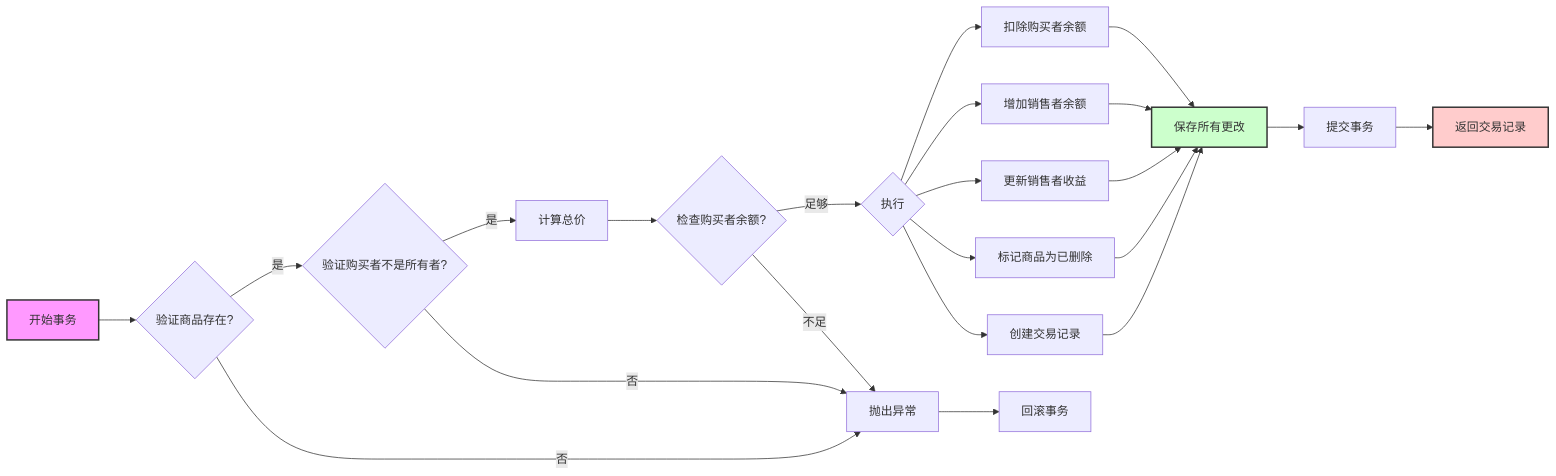
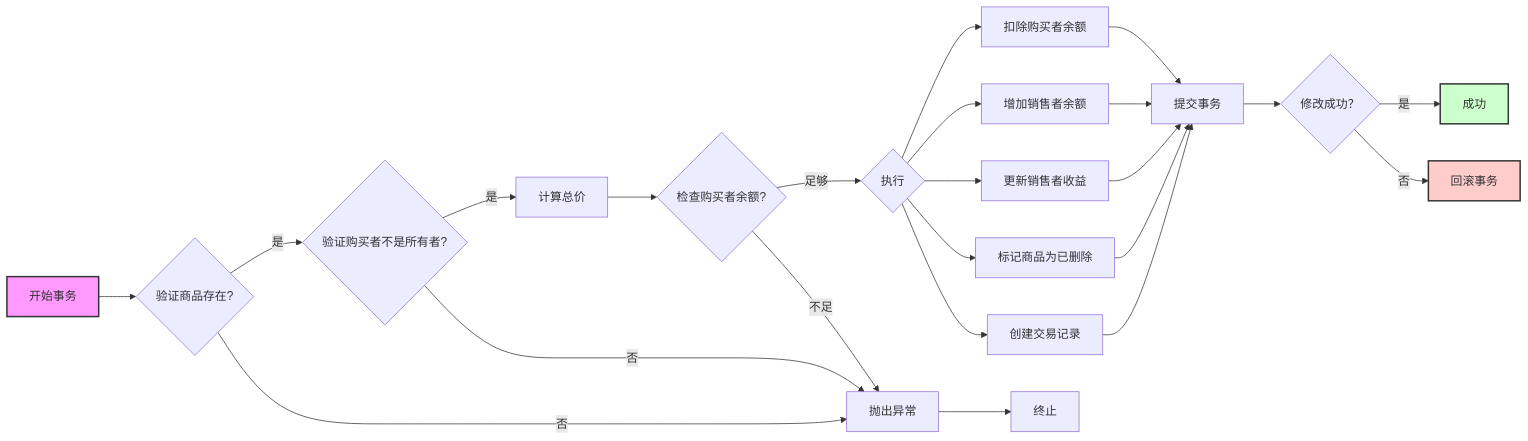
One commit to 57UU/southern_money changed diagram 12 of 14 in report/report.md. Above: the diagram before and after it, drawn with Mermaid. The commit also changed 1 other file, not shown here.

````diff
--- a/report/report.md
+++ b/report/report.md
@@ -793,28 +793,30 @@
 ```mermaid
 flowchart LR
    A[开始事务] --> B{验证商品存在?}
    B -->|是| C{验证购买者不是所有者?}
    B -->|否| Z[抛出异常]
    C -->|是| D[计算总价]
    C -->|否| Z
    D --> E{检查购买者余额?}
    E -->|足够| Node{执行}
    E -->|不足| Z
    Node --> F[扣除购买者余额]
    Node --> G[增加销售者余额]
    Node --> H[更新销售者收益]
    Node --> I[标记商品为已删除]
    Node --> J[创建交易记录]
    F --> L
    G --> L
    H --> L
    I --> L
-   J --> L[保存所有更改]
-   L --> M[提交事务]
-   M --> N[返回交易记录]
-   Z --> O[回滚事务]
+   J --> L[提交事务]
+   L --> M{修改成功？}
+   M --是--> N[成功]
+   M --否--> roll[回滚事务]
+
+   Z --> O[终止]
 
    style A fill:#f9f,stroke:#333,stroke-width:2px
-   style L fill:#cfc,stroke:#333,stroke-width:2px
-   style N fill:#fcc,stroke:#333,stroke-width:2px
+   style N fill:#cfc,stroke:#333,stroke-width:2px
+   style roll fill:#fcc,stroke:#333,stroke-width:2px
 ```
````
